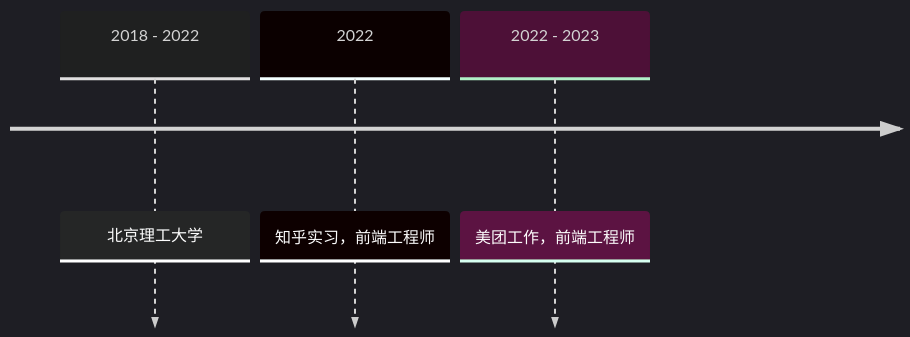
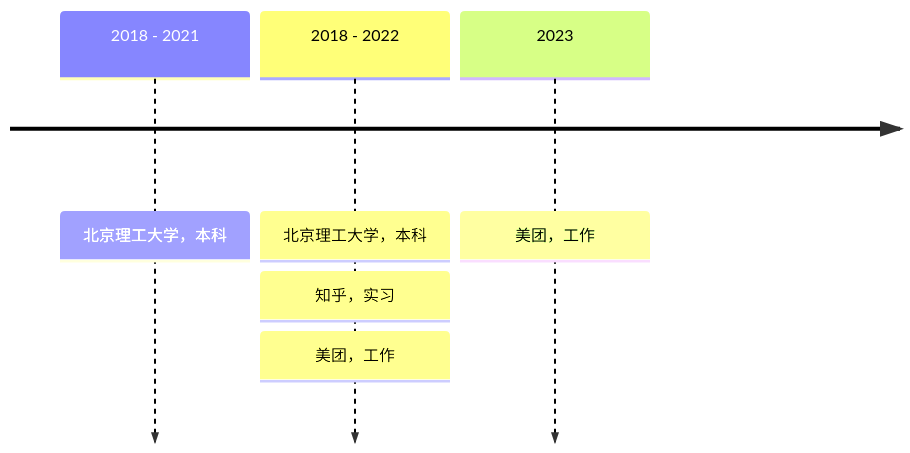
One commit to lijunlin2022/blog changed the diagram in src/index.md. Above: the diagram before and after it, drawn with Mermaid. The commit also changed 13 other files, not shown here.

````diff
--- a/src/index.md
+++ b/src/index.md
@@ -7,7 +7,6 @@
 ```mermaid
-%%{init: { 'logLevel': 'debug', 'theme': 'dark' } }%%
 timeline
-  2018 - 2022 : 北京理工大学
-  2022 : 知乎实习，前端工程师
-  2022 - 2023 : 美团工作，前端工程师
+  2018 - 2021 : 北京理工大学，本科
+  2018 - 2022 : 北京理工大学，本科 : 知乎，实习 : 美团，工作
+  2023 : 美团，工作
 ```
````
